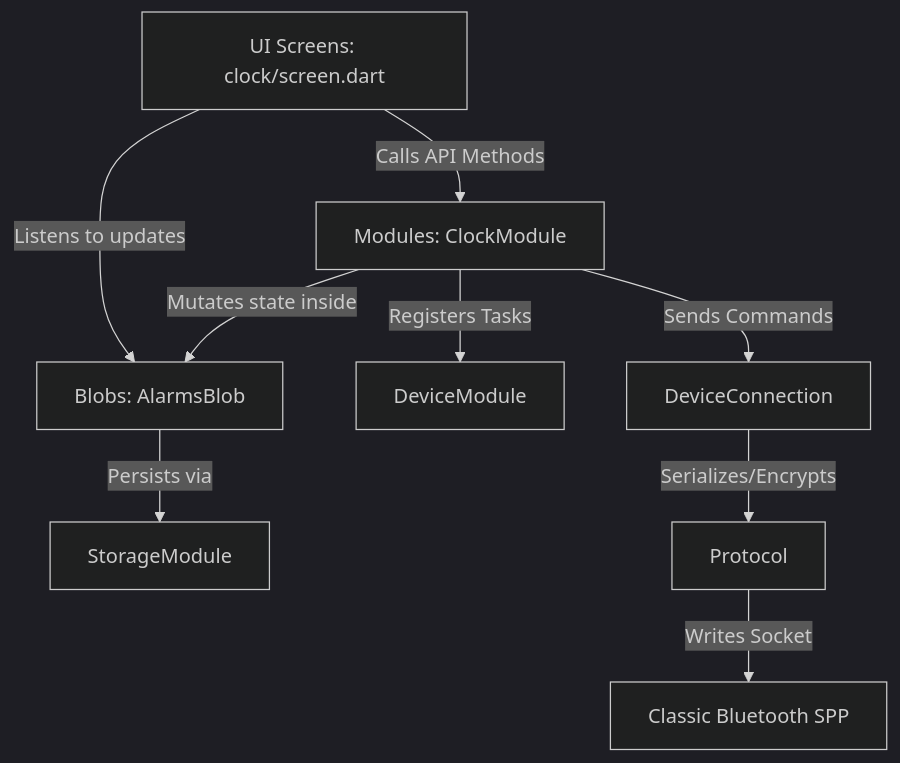
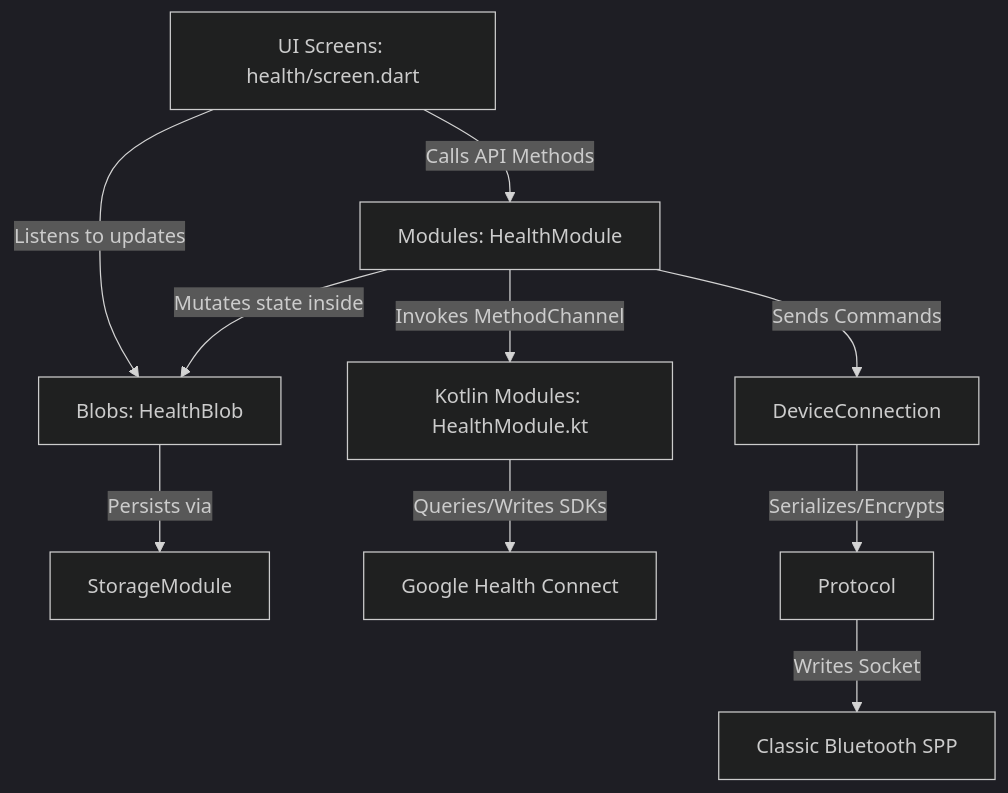
The diagram in DEVELOPMENT.md (awgneo/misync), drawn with Mermaid (dark theme) before and after one commit. The commit also changed other lines of this file and 45 other files, not shown here.

````diff
--- a/DEVELOPMENT.md
+++ b/DEVELOPMENT.md
@@ -11,11 +11,12 @@
 ```mermaid
 graph TD
-    UI[UI Screens: clock/screen.dart] -->|Calls API Methods| Module[Modules: ClockModule]
-    UI -->|Listens to updates| Blob[Blobs: AlarmsBlob]
+    UI[UI Screens: health/screen.dart] -->|Calls API Methods| Module[Modules: HealthModule]
+    UI -->|Listens to updates| Blob[Blobs: HealthBlob]
     Module -->|Mutates state inside| Blob
     Blob -->|Persists via| Storage[StorageModule]
-    Module -->|Registers Tasks| DeviceModule[DeviceModule]
+    Module -->|Invokes MethodChannel| NativeModule[Kotlin Modules: HealthModule.kt]
+    NativeModule -->|Queries/Writes SDKs| HC[Google Health Connect]
     Module -->|Sends Commands| DeviceConnection[DeviceConnection]
     DeviceConnection -->|Serializes/Encrypts| Protocol[Protocol]
     Protocol -->|Writes Socket| RFCOMM[Classic Bluetooth SPP]
 ```
````
